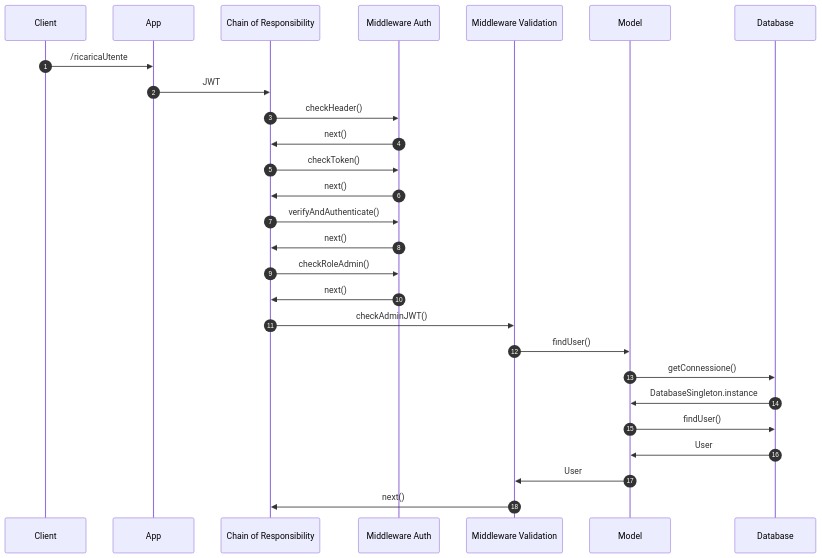
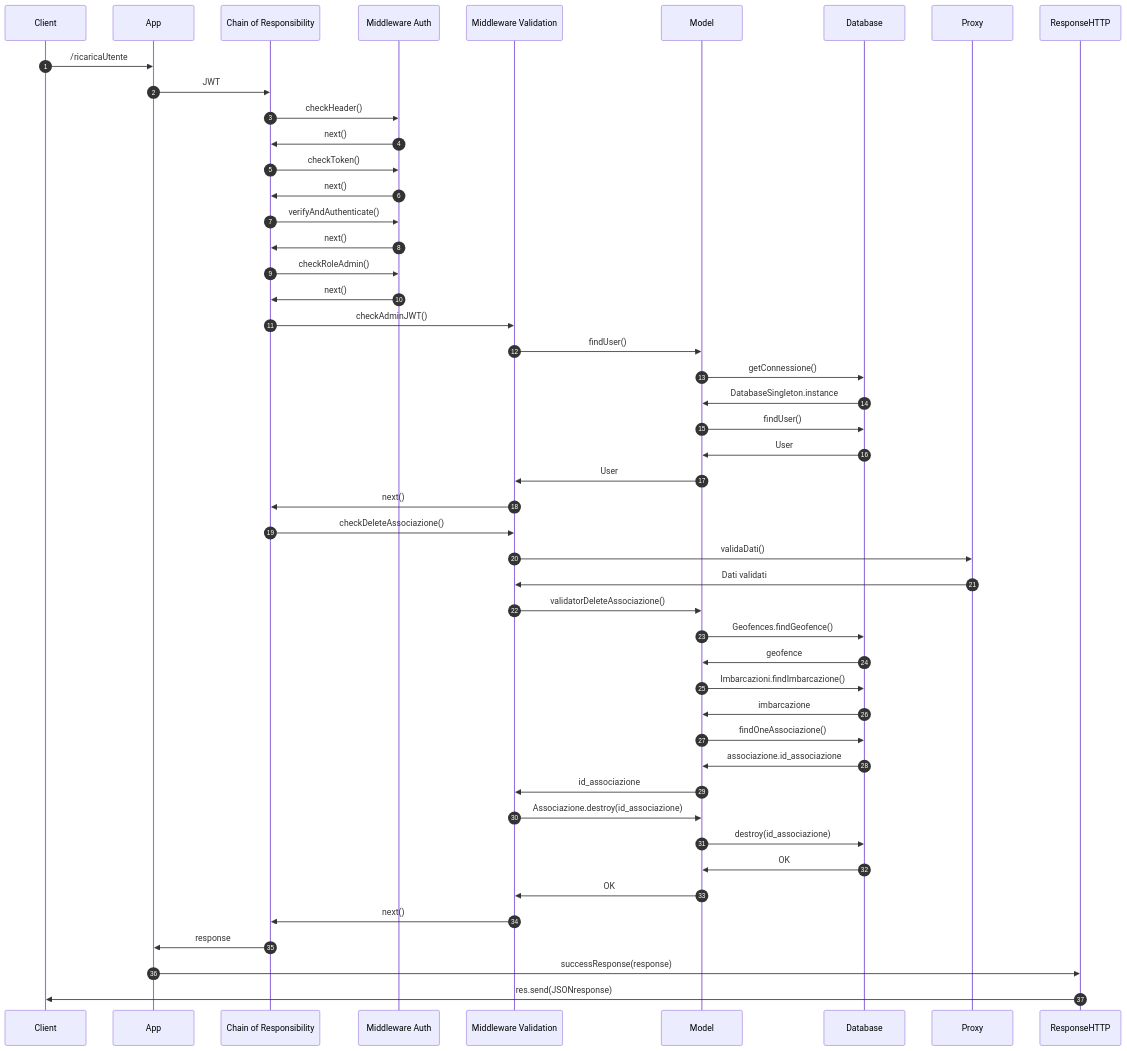
Before and after one commit to abbru-matte/Boats-Project: the fourth of 4 diagrams in README.md, drawn with Mermaid. The commit also changed other lines of this file, not shown here.

````diff
--- a/README.md
+++ b/README.md
@@ -309,23 +320,41 @@
 ```mermaid
 sequenceDiagram
 autonumber
 Client ->> App : /ricaricaUtente
 App ->> Chain of Responsibility : JWT
 Chain of Responsibility ->> Middleware Auth : checkHeader()
 Middleware Auth ->> Chain of Responsibility : next()
 Chain of Responsibility ->> Middleware Auth : checkToken()
 Middleware Auth ->> Chain of Responsibility : next()
 Chain of Responsibility ->> Middleware Auth : verifyAndAuthenticate()
 Middleware Auth ->> Chain of Responsibility : next()
 Chain of Responsibility ->> Middleware Auth : checkRoleAdmin()
 Middleware Auth ->> Chain of Responsibility : next()
 Chain of Responsibility ->> Middleware Validation : checkAdminJWT()
 Middleware Validation ->> Model : findUser()
 Model ->> Database : getConnessione()
 Database ->> Model : DatabaseSingleton.instance
 Model ->> Database : findUser()
 Database ->> Model : User
 Model ->> Middleware Validation : User
 Middleware Validation ->> Chain of Responsibility : next()
-
+Chain of Responsibility ->> Middleware Validation : checkDeleteAssociazione()
+Middleware Validation ->> Proxy : validaDati()
+Proxy ->> Middleware Validation : Dati validati
+Middleware Validation ->> Model : validatorDeleteAssociazione()
+Model ->> Database : Geofences.findGeofence()
+Database ->> Model : geofence
+Model ->> Database : Imbarcazioni.findImbarcazione()
+Database ->> Model : imbarcazione
+Model ->> Database : findOneAssociazione()
+Database ->> Model : associazione.id_associazione
+Model ->> Middleware Validation : id_associazione
+Middleware Validation ->> Model : Associazione.destroy(id_associazione)
+Model ->> Database : destroy(id_associazione)
+Database ->> Model : OK
+Model ->> Middleware Validation : OK
+Middleware Validation ->> Chain of Responsibility : next()
+Chain of Responsibility ->> App : response
+App ->> ResponseHTTP : successResponse(response)
+ResponseHTTP ->> Client : res.send(JSONresponse)
 ```
````
